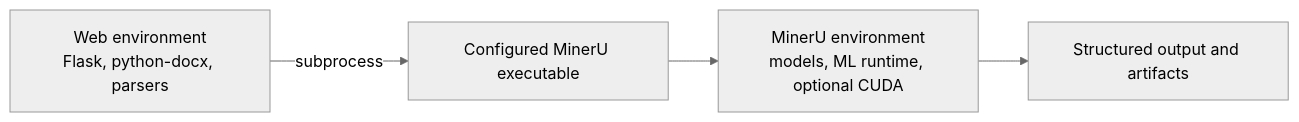
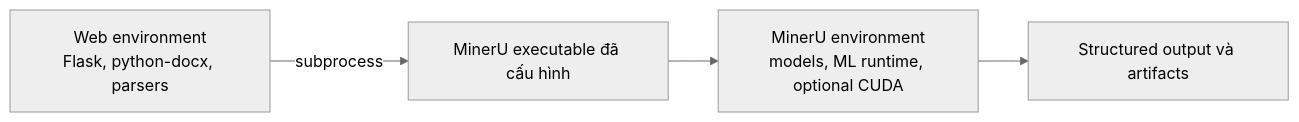
The second of 4 diagrams in README.md (sin0235/MinerU), drawn with Mermaid (neutral theme) before and after one commit. The commit also changed other lines of this file and 1 other file, not shown here.

````diff
--- a/README.md
+++ b/README.md
@@ -108,6 +119,6 @@
 ```mermaid
 flowchart LR
-    WEB[Web environment<br/>Flask, python-docx, parsers] -->|subprocess| CMD[Configured MinerU executable]
+    WEB[Web environment<br/>Flask, python-docx, parsers] -->|subprocess| CMD[MinerU executable đã cấu hình]
     CMD --> MINERU[MinerU environment<br/>models, ML runtime, optional CUDA]
-    MINERU --> FILES[Structured output and artifacts]
+    MINERU --> FILES[Structured output và artifacts]
 ```
````
